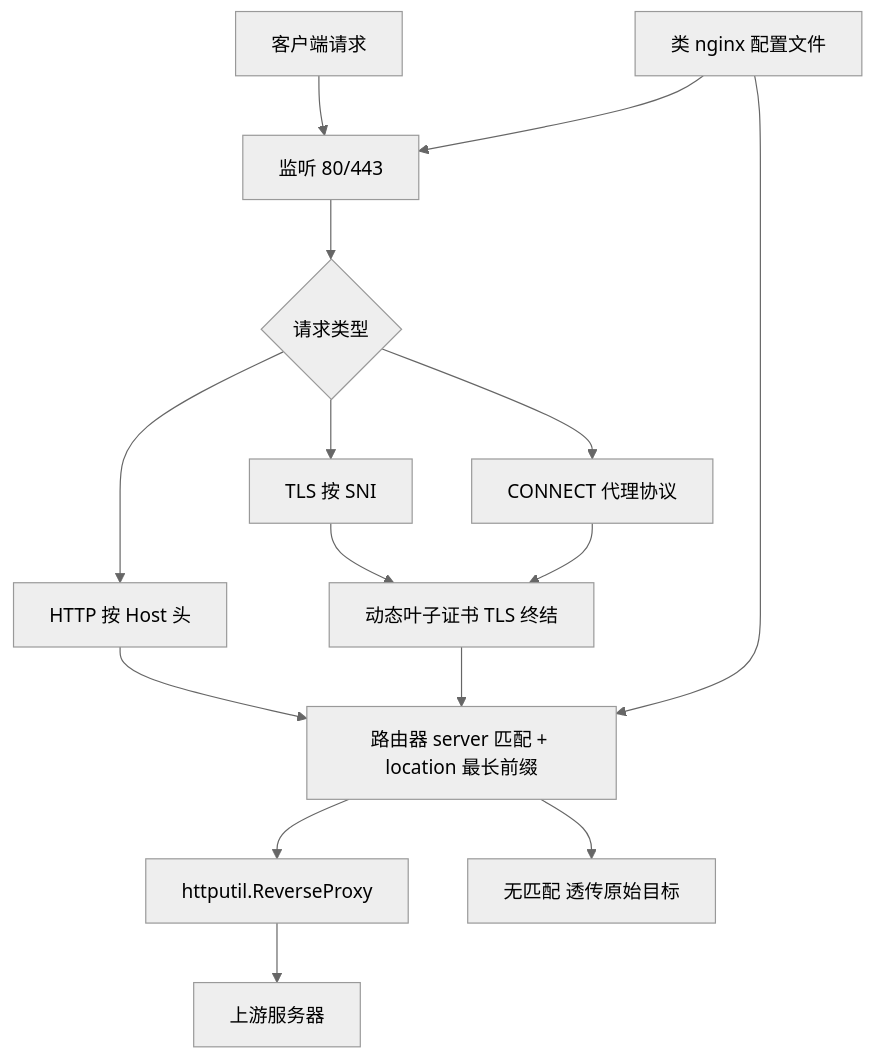
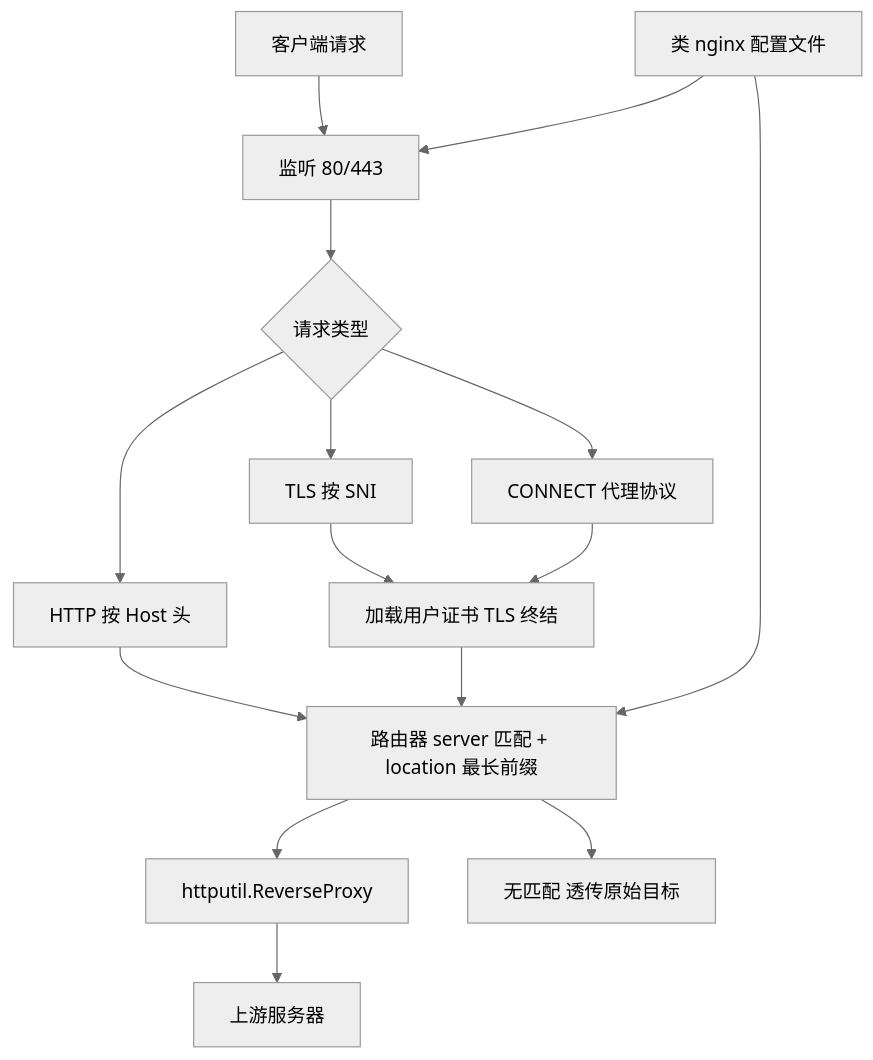
One commit to isunk/MyReverseProxy changed the diagram in .monkeycode/specs/device-reverse-proxy/design.md. Above: the diagram before and after it, drawn with Mermaid (neutral theme). The commit also changed other lines of this file and 2 other files, not shown here.

````diff
--- a/.monkeycode/specs/device-reverse-proxy/design.md
+++ b/.monkeycode/specs/device-reverse-proxy/design.md
@@ -12,17 +12,17 @@
 ```mermaid
 graph TD
     A["客户端请求"] --> B["监听 80/443"]
     B --> C{"请求类型"}
     C --> D["HTTP 按 Host 头"]
     C --> E["TLS 按 SNI"]
     C --> F["CONNECT 代理协议"]
-    E --> G["动态叶子证书 TLS 终结"]
+    E --> G["加载用户证书 TLS 终结"]
     F --> G
     D --> H["路由器 server 匹配 + location 最长前缀"]
     G --> H
     H --> I["httputil.ReverseProxy"]
     I --> J["上游服务器"]
     H --> K["无匹配 透传原始目标"]
     L["类 nginx 配置文件"] --> B
     L --> H
 ```
````
